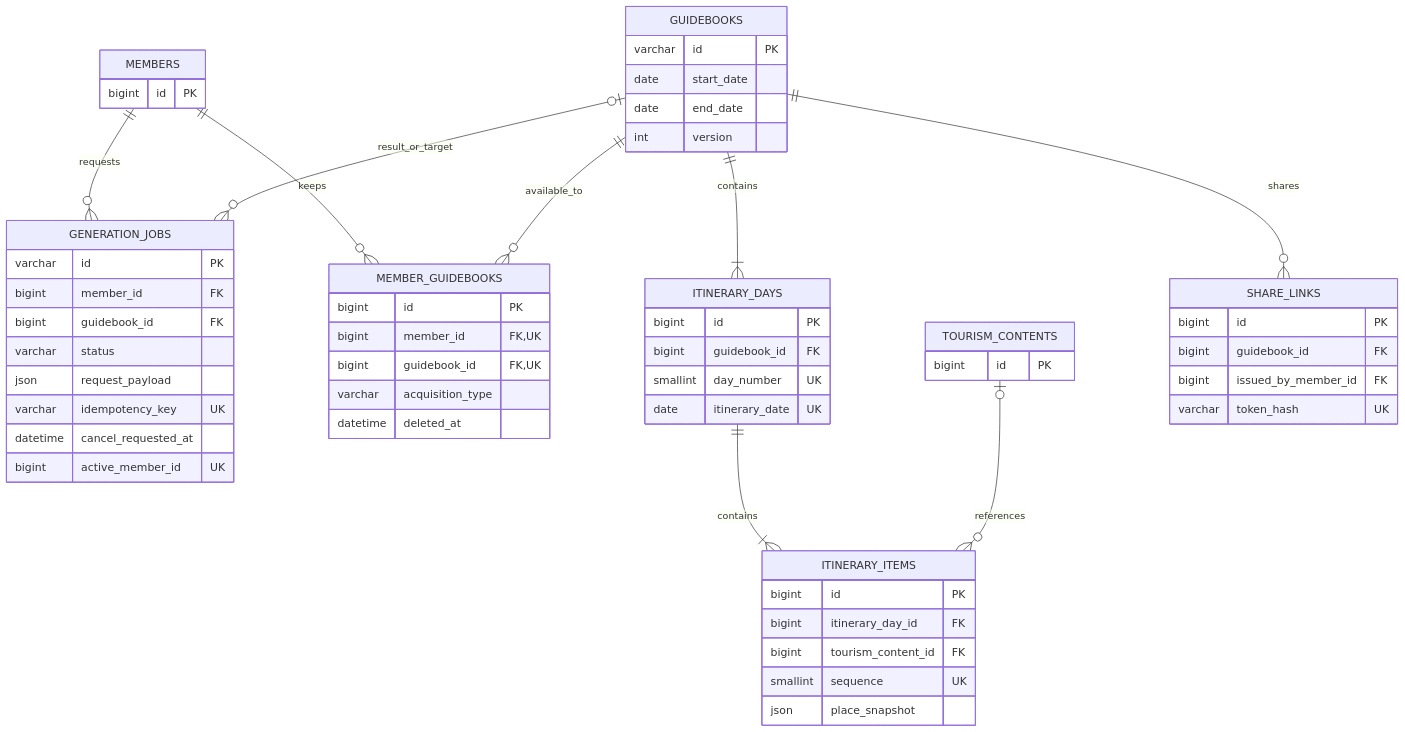
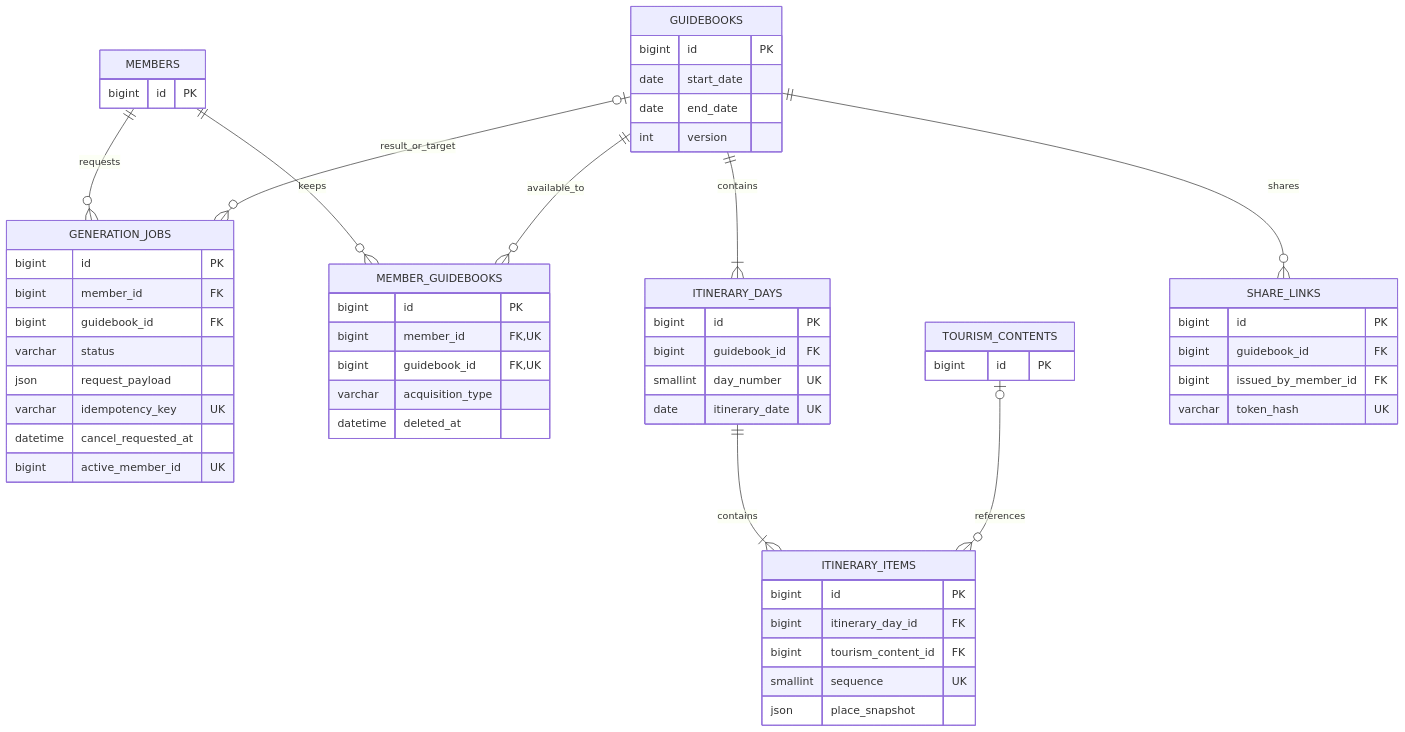
The third of 5 diagrams in docs/ERD_테이블_설계_근거_검토본.md (100-hours-a-week/KTB4-10th-BE), drawn with Mermaid before and after one commit. The commit also changed other lines of this file and 8 other files, not shown here.

```diff
--- a/docs/ERD_테이블_설계_근거_검토본.md
+++ b/docs/ERD_테이블_설계_근거_검토본.md
@@ -184,59 +184,59 @@
 ~~~mermaid
 erDiagram
     MEMBERS ||--o{ GENERATION_JOBS : requests
     MEMBERS ||--o{ MEMBER_GUIDEBOOKS : keeps
     GUIDEBOOKS ||--o{ MEMBER_GUIDEBOOKS : available_to
     GUIDEBOOKS o|--o{ GENERATION_JOBS : result_or_target
     GUIDEBOOKS ||--|{ ITINERARY_DAYS : contains
     ITINERARY_DAYS ||--|{ ITINERARY_ITEMS : contains
     TOURISM_CONTENTS o|--o{ ITINERARY_ITEMS : references
     GUIDEBOOKS ||--o{ SHARE_LINKS : shares
     GENERATION_JOBS {
-        varchar id PK
+        bigint id PK
         bigint member_id FK
         bigint guidebook_id FK
         varchar status
         json request_payload
         varchar idempotency_key UK
         datetime cancel_requested_at
         bigint active_member_id UK
     }
     GUIDEBOOKS {
-        varchar id PK
+        bigint id PK
         date start_date
         date end_date
         int version
     }
     MEMBER_GUIDEBOOKS {
         bigint id PK
         bigint member_id FK,UK
         bigint guidebook_id FK,UK
         varchar acquisition_type
         datetime deleted_at
     }
     ITINERARY_DAYS {
         bigint id PK
         bigint guidebook_id FK
         smallint day_number UK
         date itinerary_date UK
     }
     ITINERARY_ITEMS {
         bigint id PK
         bigint itinerary_day_id FK
         bigint tourism_content_id FK
         smallint sequence UK
         json place_snapshot
     }
     SHARE_LINKS {
         bigint id PK
         bigint guidebook_id FK
         bigint issued_by_member_id FK
         varchar token_hash UK
     }
     MEMBERS {
         bigint id PK
     }
     TOURISM_CONTENTS {
         bigint id PK
     }
 ~~~
```
